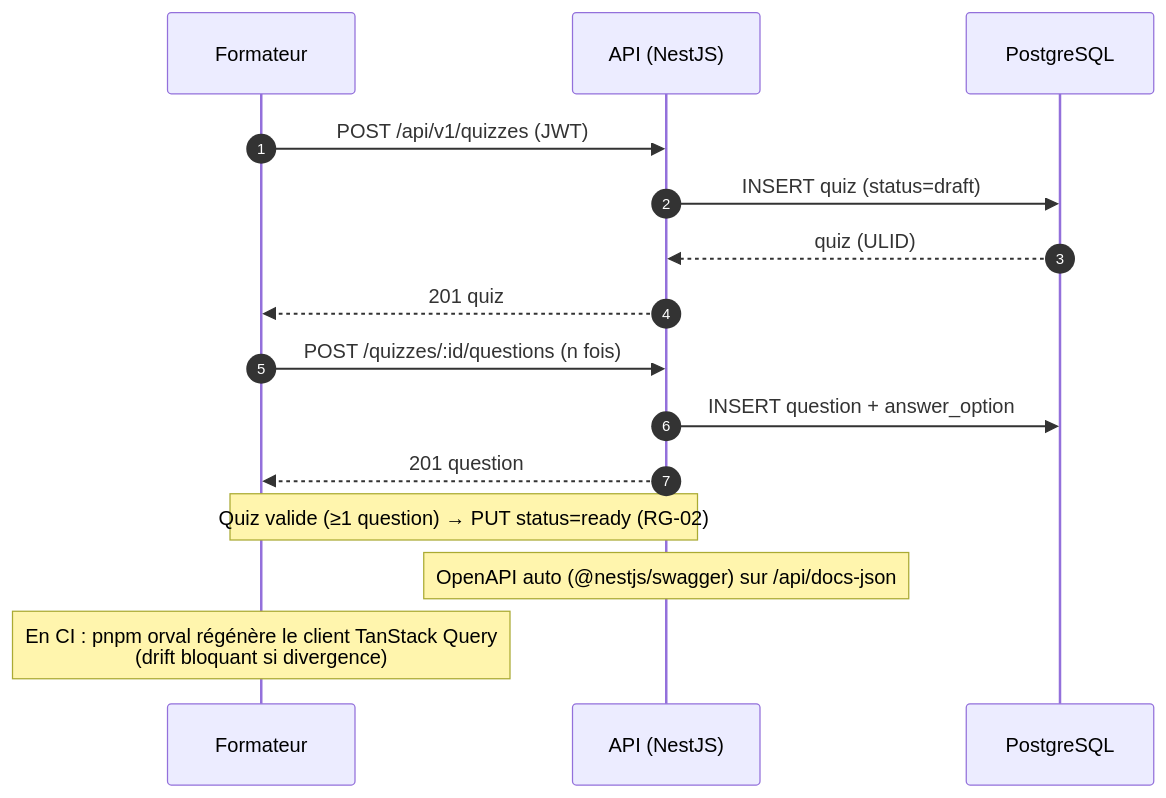
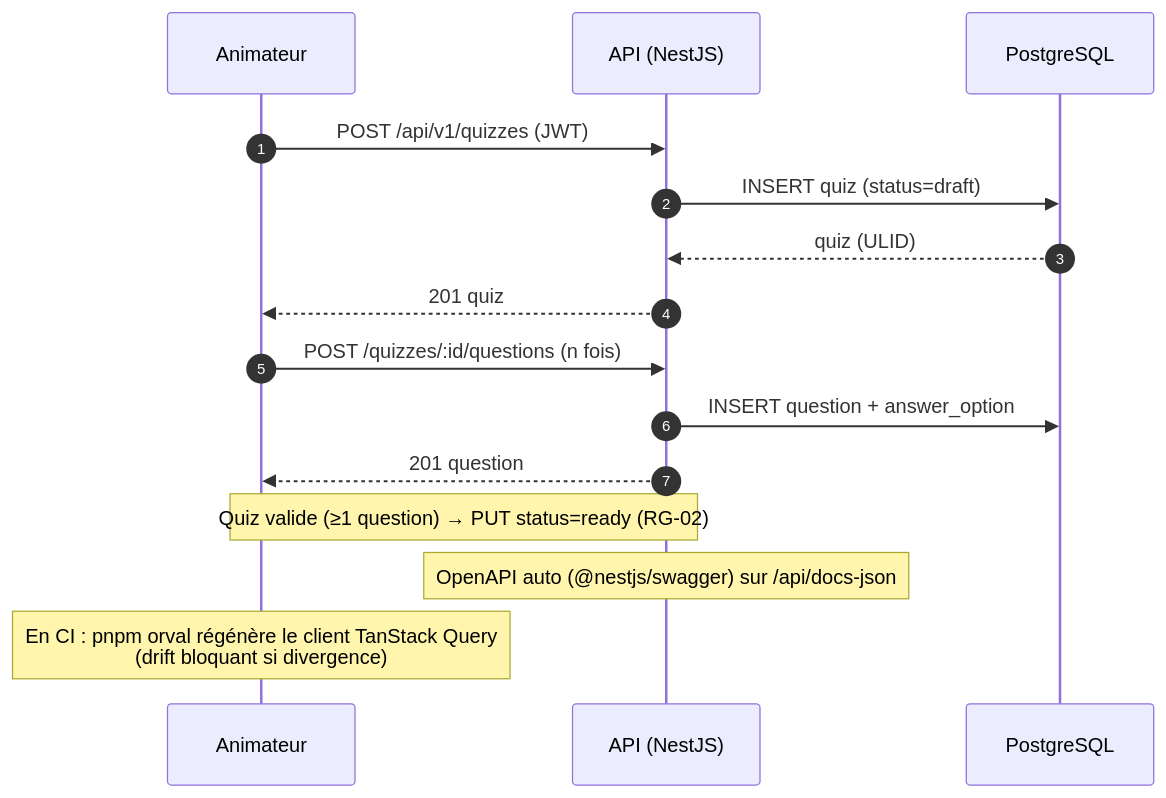
Before and after one commit to quizdock/quiz-dock: the first of 7 diagrams in specifications/SPECIFICATIONS-SEQUENCES.md, drawn with Mermaid. The commit also changed other lines of this file and 30 other files, not shown here.

````diff
--- a/specifications/SPECIFICATIONS-SEQUENCES.md
+++ b/specifications/SPECIFICATIONS-SEQUENCES.md
@@ -19,17 +19,17 @@
 ```mermaid
 sequenceDiagram
     autonumber
-    participant F as Formateur
+    participant F as Animateur
     participant API as API (NestJS)
     participant PG as PostgreSQL
     F->>API: POST /api/v1/quizzes (JWT)
     API->>PG: INSERT quiz (status=draft)
     PG-->>API: quiz (ULID)
     API-->>F: 201 quiz
     F->>API: POST /quizzes/:id/questions (n fois)
     API->>PG: INSERT question + answer_option
     API-->>F: 201 question
     Note over F,API: Quiz valide (≥1 question) → PUT status=ready (RG-02)
     Note over API: OpenAPI auto (@nestjs/swagger) sur /api/docs-json
     Note over F: En CI : pnpm orval régénère le client TanStack Query<br/>(drift bloquant si divergence)
 ```
````
